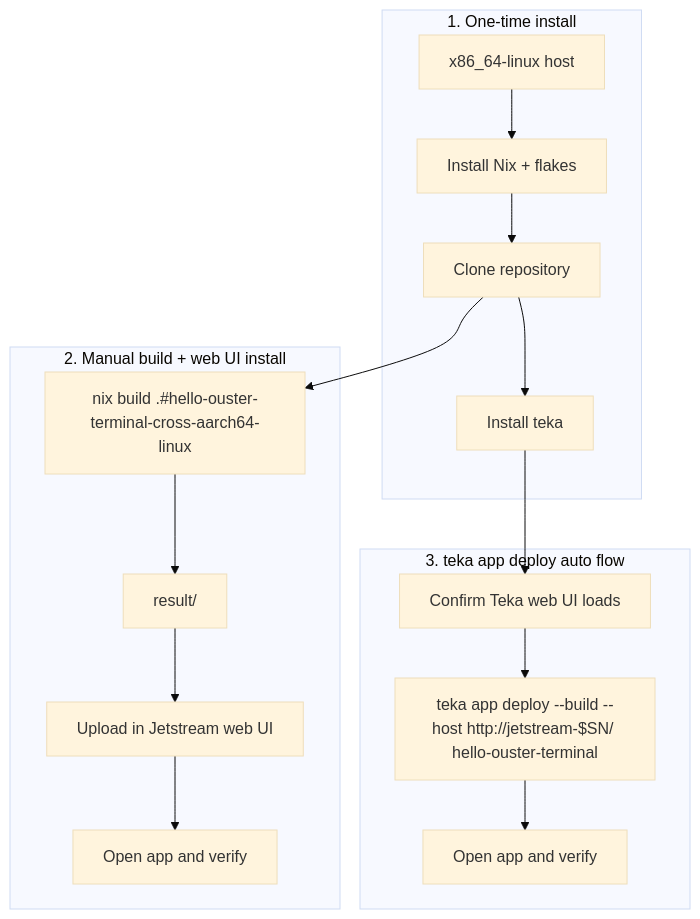
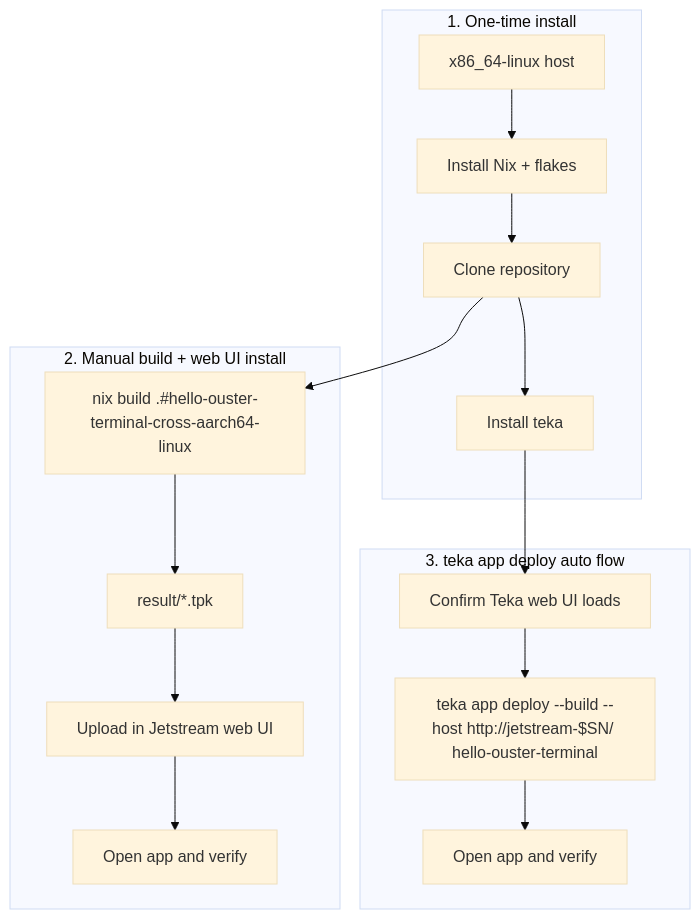
One commit to ouster-lidar/teka-sdk changed the diagram in docs/developer-guide.md. Above: the diagram before and after it, drawn with Mermaid (base theme). The commit also changed other lines of this file and 18 other files, not shown here.

````diff
--- a/docs/developer-guide.md
+++ b/docs/developer-guide.md
@@ -7,28 +7,28 @@
 ```mermaid
 flowchart TD
     subgraph setup [1. One-time install]
         A[x86_64-linux host]
         B[Install Nix + flakes]
         C[Clone repository]
         K[Install teka]
         A --> B --> C --> K
     end
 
     subgraph manual [2. Manual build + web UI install]
         D[nix build .#hello-ouster-terminal-cross-aarch64-linux]
-        E[result/]
+        E[result/*.tpk]
         F[Upload in Jetstream web UI]
         G[Open app and verify]
         D --> E --> F --> G
     end
 
     subgraph auto [3. teka app deploy auto flow]
         H[Confirm Teka web UI loads]
         I[teka app deploy --build --host http://jetstream-$SN/ hello-ouster-terminal]
         J[Open app and verify]
         H --> I --> J
     end
 
     C --> D
     K --> H
 ```
````
